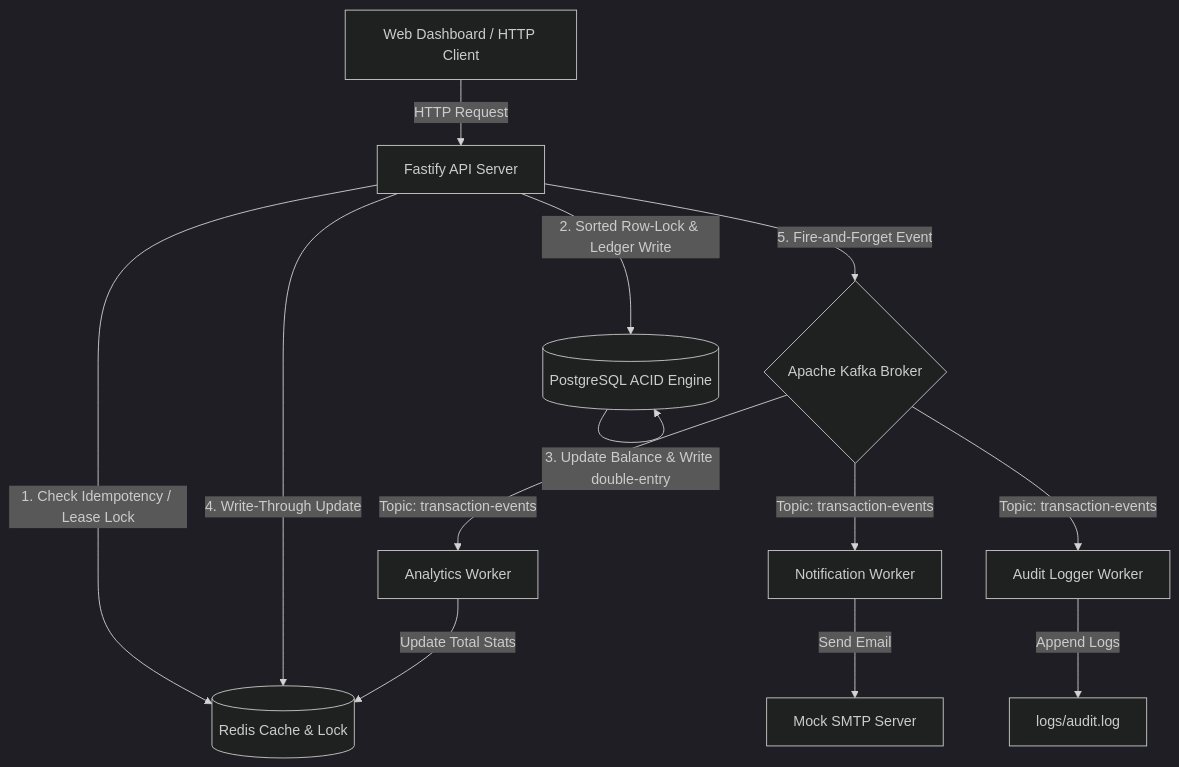
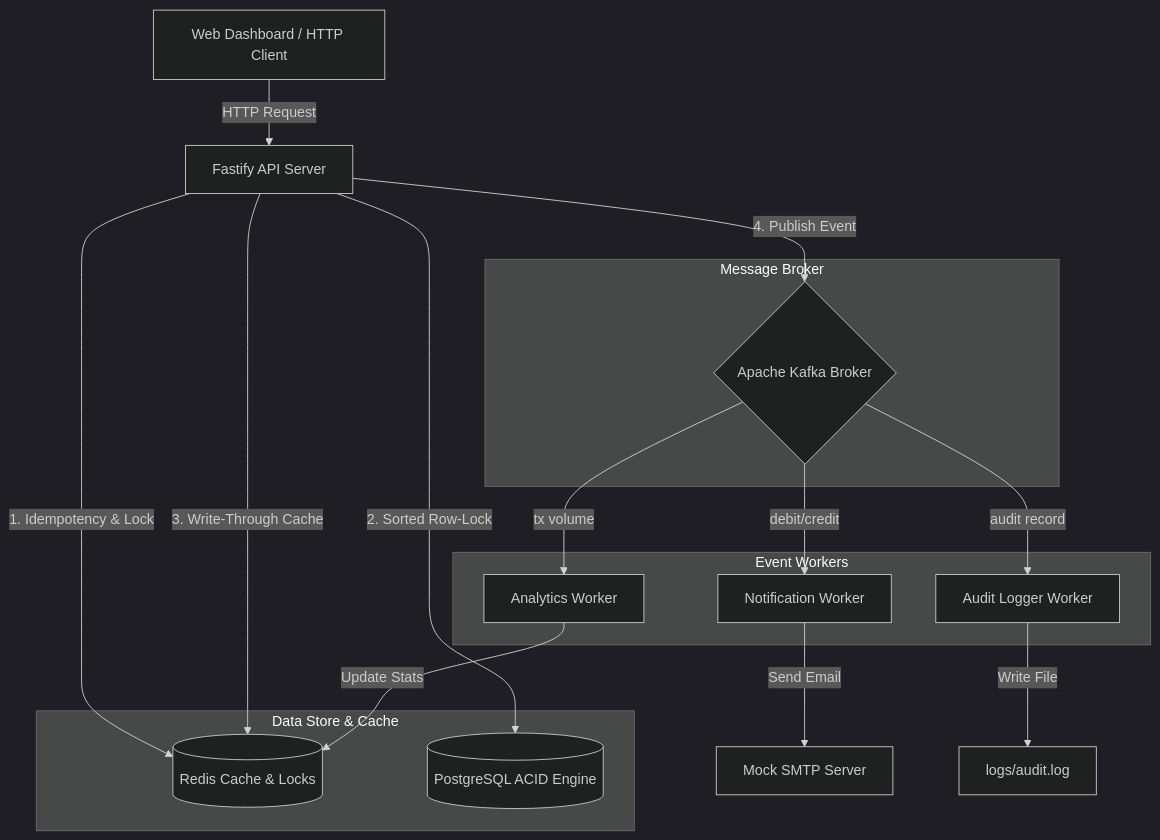
The diagram in README.md (Dhruv302006/wallet_ledger--system), drawn with Mermaid (dark theme) before and after one commit.

Commit message:
Docs: Improve Mermaid diagram readability and structure in README

````diff
--- a/README.md
+++ b/README.md
@@ -11,27 +11,32 @@
 ```mermaid
 graph TD
     Client[Web Dashboard / HTTP Client] -->|HTTP Request| API[Fastify API Server]
     
-    %% Redis Interactions
-    API -->|1. Check Idempotency / Lease Lock| Redis[(Redis Cache & Lock)]
+    subgraph Data Store & Cache
+        Redis[(Redis Cache & Locks)]
+        Postgres[(PostgreSQL ACID Engine)]
+    end
     
-    %% PostgreSQL ACID transaction
-    API -->|2. Sorted Row-Lock & Ledger Write| Postgres[(PostgreSQL ACID Engine)]
-    Postgres -->|3. Update Balance & Write double-entry| Postgres
+    subgraph Message Broker
+        Kafka{Apache Kafka Broker}
+    end
     
-    %% Write-Through Caching
-    API -->|4. Write-Through Update| Redis
+    subgraph Event Workers
+        Worker1[Notification Worker]
+        Worker2[Analytics Worker]
+        Worker3[Audit Logger Worker]
+    end
+
+    API -->|1. Idempotency & Lock| Redis
+    API -->|2. Sorted Row-Lock| Postgres
+    API -->|3. Write-Through Cache| Redis
+    API -->|4. Publish Event| Kafka
     
-    %% Kafka Streaming
-    API -->|5. Fire-and-Forget Event| Kafka{Apache Kafka Broker}
+    Kafka -->|debit/credit| Worker1
+    Kafka -->|tx volume| Worker2
+    Kafka -->|audit record| Worker3
     
-    %% Decoupled Workers
-    Kafka -->|Topic: transaction-events| Worker1[Notification Worker]
-    Kafka -->|Topic: transaction-events| Worker2[Analytics Worker]
-    Kafka -->|Topic: transaction-events| Worker3[Audit Logger Worker]
-    
-    %% Worker Writes
     Worker1 -->|Send Email| Email[Mock SMTP Server]
-    Worker2 -->|Update Total Stats| Redis
-    Worker3 -->|Append Logs| LogFile[logs/audit.log]
+    Worker2 -->|Update Stats| Redis
+    Worker3 -->|Write File| LogFile[logs/audit.log]
 ```
````
